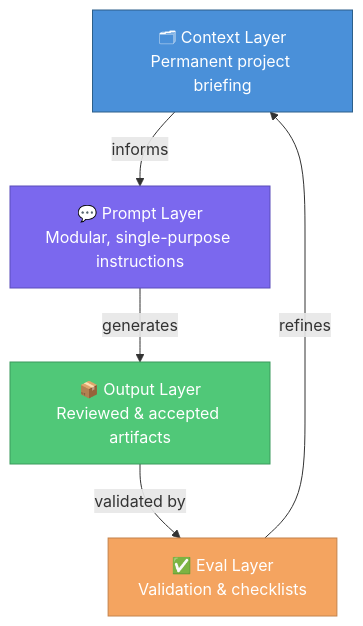
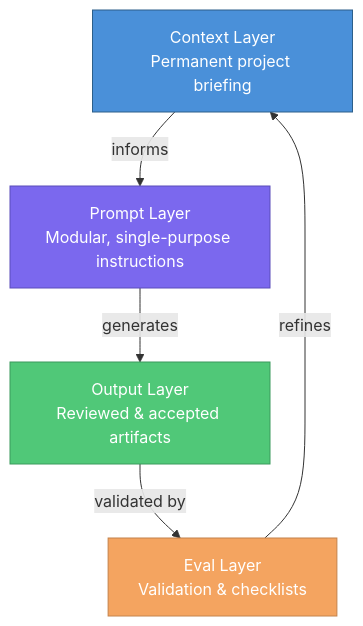
The second of 5 diagrams in docs/philosophy.md (harshal2802/pdd-skill), drawn with Mermaid before and after one commit. The commit also changed other lines of this file, not shown here.

Commit message:
Fix unreadable boxes in philosophy.md Mermaid diagrams
- Remove angle brackets around <area> in flowchart — Mermaid was
  interpreting it as an HTML tag, hiding the text
- Remove emoji from Four Layers diagram node labels to avoid rendering
  as empty squares in some environments

````diff
--- a/docs/philosophy.md
+++ b/docs/philosophy.md
@@ -65,17 +65,17 @@
 ```mermaid
 graph TD
-    C["🗂 Context Layer\nPermanent project briefing"]
-    P["💬 Prompt Layer\nModular, single-purpose instructions"]
-    O["📦 Output Layer\nReviewed & accepted artifacts"]
-    E["✅ Eval Layer\nValidation & checklists"]
+    C["Context Layer\nPermanent project briefing"]
+    P["Prompt Layer\nModular, single-purpose instructions"]
+    O["Output Layer\nReviewed & accepted artifacts"]
+    E["Eval Layer\nValidation & checklists"]
 
     C -->|informs| P
     P -->|generates| O
     O -->|validated by| E
     E -->|refines| C
 
     style C fill:#4a90d9,stroke:#2c5f8a,color:#fff
     style P fill:#7b68ee,stroke:#5a4dba,color:#fff
     style O fill:#50c878,stroke:#3a9a5c,color:#fff
     style E fill:#f4a460,stroke:#c4824a,color:#fff
 ```
````
